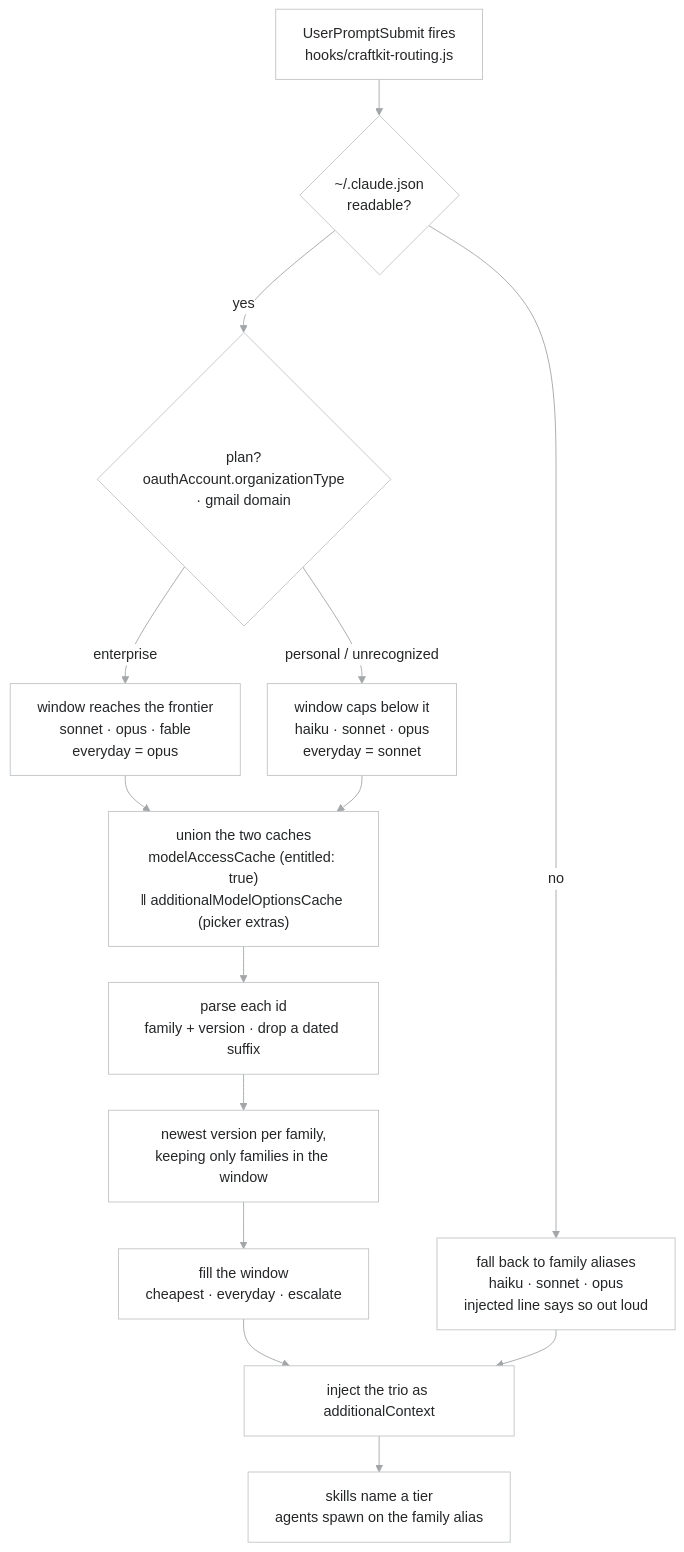
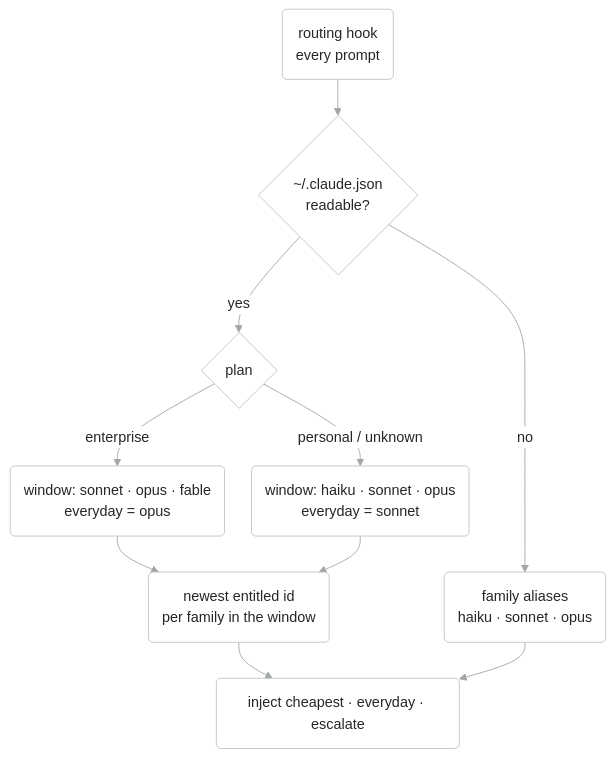
One commit to raditia/CraftKit changed diagram 13 of 13 in README.md. Above: the diagram before and after it, drawn with Mermaid. The commit also changed other lines of this file, not shown here.

First line of the commit message:
docs: simplify remaining README diagrams

````diff
--- a/README.md
+++ b/README.md
@@ -1439,38 +1301,34 @@
 ```mermaid
 ---
 config:
   theme: base
   look: classic
   fontFamily: "-apple-system, BlinkMacSystemFont, Segoe UI, Helvetica, Arial, sans-serif"
   themeVariables:
     fontFamily: "-apple-system, BlinkMacSystemFont, Segoe UI, Helvetica, Arial, sans-serif"
     fontSize: 16px
     primaryColor: "#FFFFFF"
     primaryBorderColor: "#C1C4C6"
     primaryTextColor: "#242628"
     lineColor: "#A2A6A8"
     clusterBkg: "#F5FBFF"
     clusterBorder: "#F0F1F2"
     titleColor: "#707577"
     edgeLabelBackground: "#FFFFFF"
   flowchart:
     curve: basis
     wrappingWidth: 240
     nodeSpacing: 30
     rankSpacing: 40
 ---
 flowchart TD
-    A["UserPromptSubmit fires<br/>hooks/craftkit-routing.js"] --> B{"~/.claude.json<br/>readable?"}
-    B -->|no| Z["fall back to family aliases<br/>haiku · sonnet · opus<br/>injected line says so out loud"]
-    B -->|yes| PL{"plan?<br/>oauthAccount.organizationType<br/>· gmail domain"}
-    PL -->|"enterprise"| W1["window reaches the frontier<br/>sonnet · opus · fable<br/>everyday = opus"]
-    PL -->|"personal / unrecognized"| W2["window caps below it<br/>haiku · sonnet · opus<br/>everyday = sonnet"]
-    W1 --> C["union the two caches<br/>modelAccessCache (entitled: true)<br/>‖ additionalModelOptionsCache (picker extras)"]
-    W2 --> C
-    C --> D["parse each id<br/>family + version · drop a dated suffix"]
-    D --> E["newest version per family,<br/>keeping only families in the window"]
-    E --> H["fill the window<br/>cheapest · everyday · escalate"]
-    H --> J["inject the trio as additionalContext"]
+    A("routing hook<br/>every prompt") --> B{"~/.claude.json<br/>readable?"}
+    B -->|no| Z("family aliases<br/>haiku · sonnet · opus")
+    B -->|yes| PL{"plan"}
+    PL -->|enterprise| W1("window: sonnet · opus · fable<br/>everyday = opus")
+    PL -->|"personal / unknown"| W2("window: haiku · sonnet · opus<br/>everyday = sonnet")
+    W1 --> E("newest entitled id<br/>per family in the window")
+    W2 --> E
+    E --> J("inject cheapest · everyday · escalate")
     Z --> J
-    J --> K["skills name a tier<br/>agents spawn on the family alias"]
 ```
````
